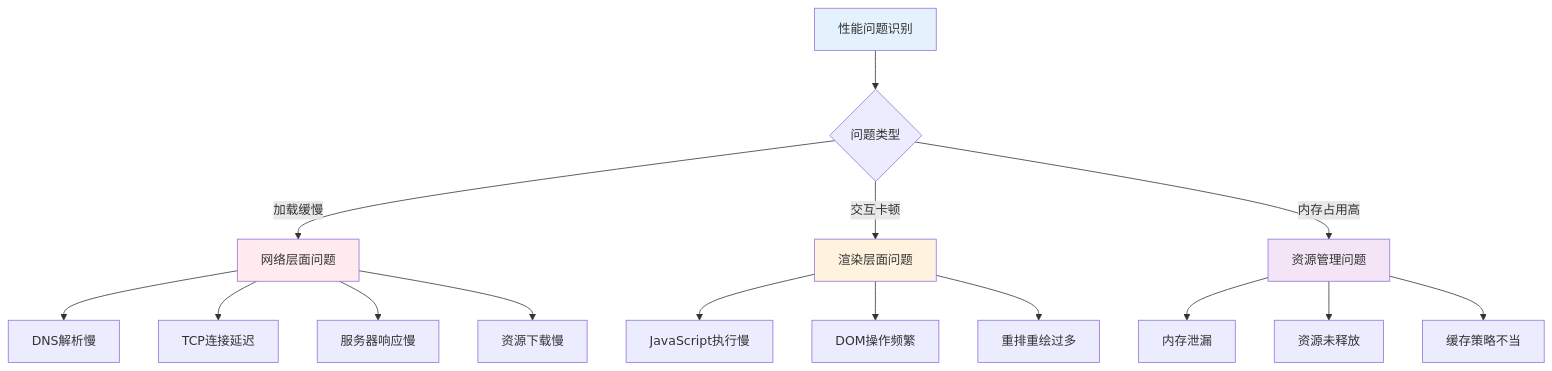
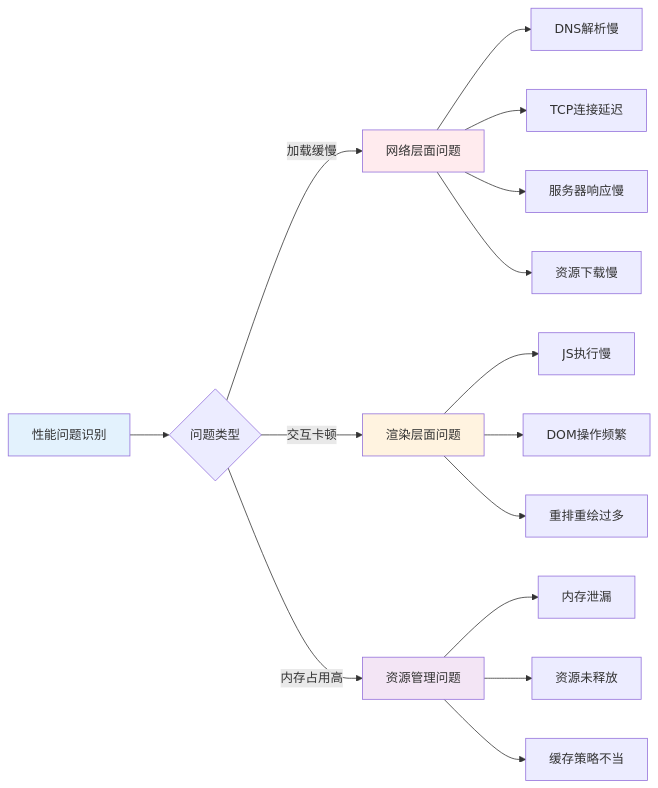
Before and after one commit to Specialxm/frontend-learning-guide: the ninth of 9 diagrams in docs/performance/page-loading-process.md, drawn with Mermaid. The commit also changed 21 other files, not shown here.

````diff
--- a/docs/performance/page-loading-process.md
+++ b/docs/performance/page-loading-process.md
@@ -401,25 +401,25 @@
 ```mermaid
-flowchart TD
+flowchart LR
     A[性能问题识别] --> B{问题类型}
     B -->|加载缓慢| C[网络层面问题]
     B -->|交互卡顿| D[渲染层面问题]
     B -->|内存占用高| E[资源管理问题]
     
     C --> C1[DNS解析慢]
     C --> C2[TCP连接延迟]
     C --> C3[服务器响应慢]
     C --> C4[资源下载慢]
     
-    D --> D1[JavaScript执行慢]
+    D --> D1[JS执行慢]
     D --> D2[DOM操作频繁]
     D --> D3[重排重绘过多]
     
     E --> E1[内存泄漏]
     E --> E2[资源未释放]
     E --> E3[缓存策略不当]
     
     style A fill:#e3f2fd
     style C fill:#ffebee
     style D fill:#fff3e0
     style E fill:#f3e5f5
 ```
````
